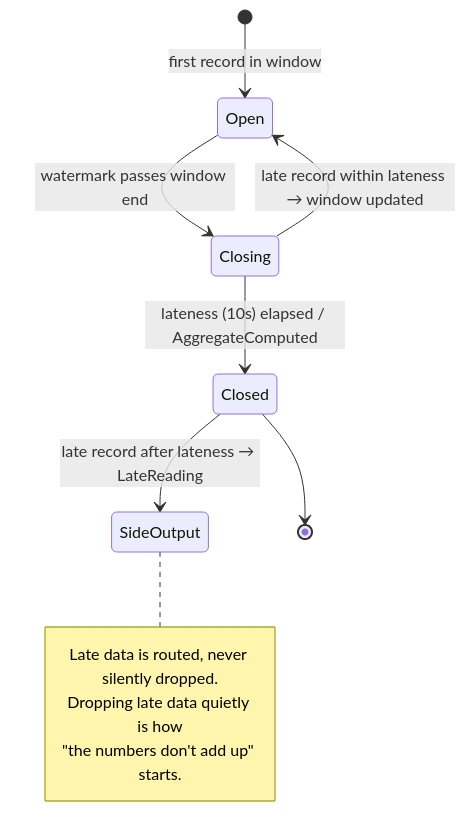
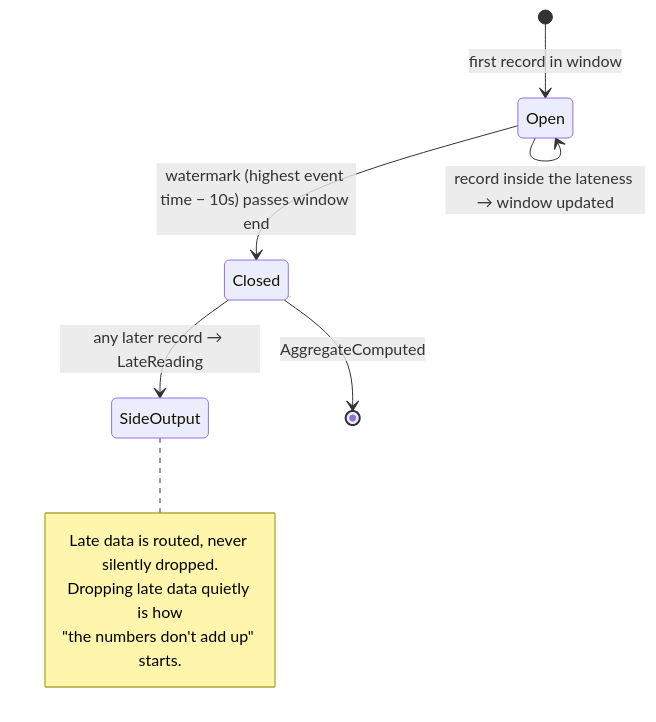
Before and after one commit to KhaiTrang1995/NexusFlow: the second of 2 diagrams in samples/realtime-stream/README.md, drawn with Mermaid. The commit also changed other lines of this file and 15 other files, not shown here.

````diff
--- a/samples/realtime-stream/README.md
+++ b/samples/realtime-stream/README.md
@@ -133,14 +157,13 @@
 ```mermaid
 stateDiagram-v2
     [*] --> Open : first record in window
-    Open --> Closing : watermark passes window end
-    Closing --> Closed : lateness (10s) elapsed / AggregateComputed
-    Closing --> Open : late record within lateness → window updated
-    Closed --> SideOutput : late record after lateness → LateReading
-    Closed --> [*]
+    Open --> Open : record inside the lateness → window updated
+    Open --> Closed : watermark (highest event time − 10s) passes window end
+    Closed --> SideOutput : any later record → LateReading
+    Closed --> [*] : AggregateComputed
     note right of SideOutput
       Late data is routed, never silently dropped.
       Dropping late data quietly is how
       "the numbers don't add up" starts.
     end note
 ```
````
